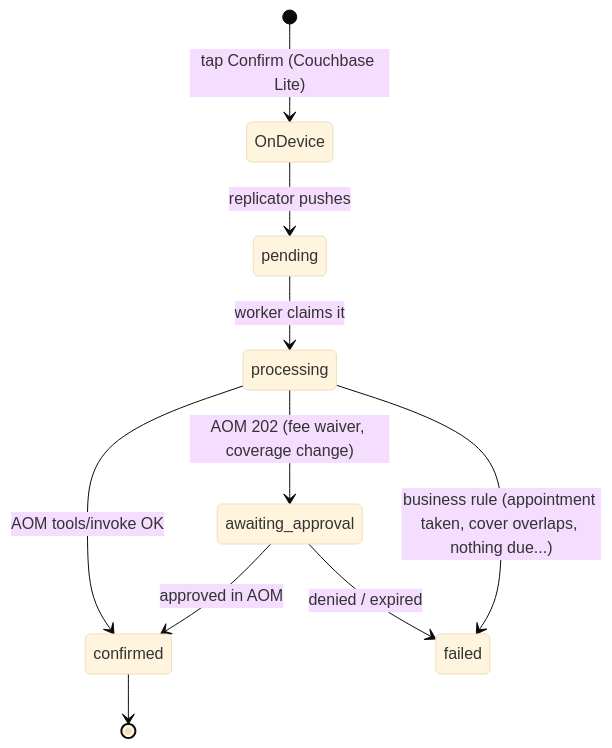
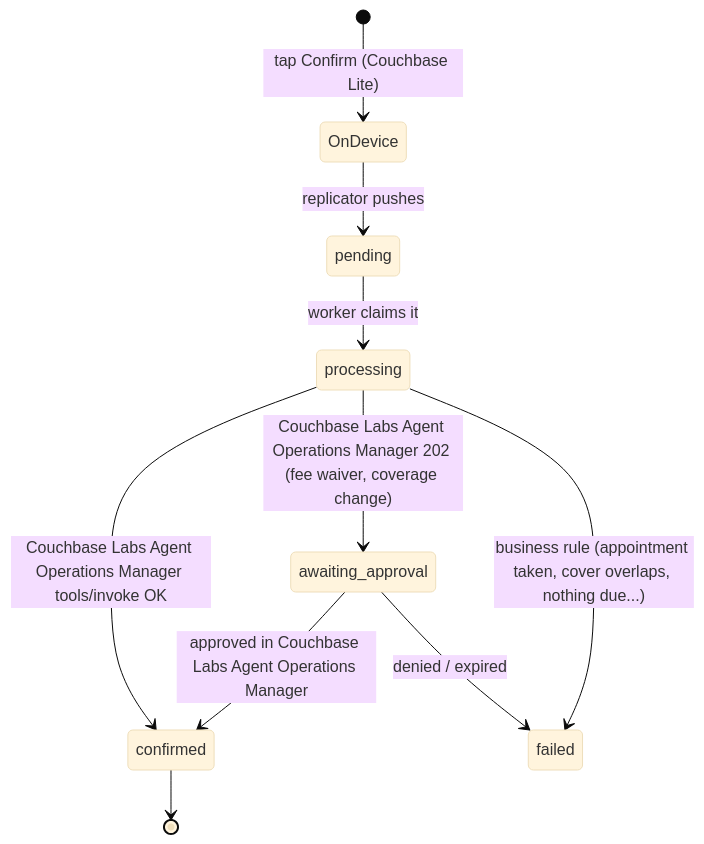
The second of 2 diagrams in README.md (Couchbase-Field-Engineering/couchbase-insurance-mobile-ai-personalization-demo), drawn with Mermaid (base theme) before and after one commit. The commit also changed other lines of this file and 12 other files, not shown here.

First line of the commit message:
Use the Couchbase Labs Agent Operations Manager name

````diff
--- a/README.md
+++ b/README.md
@@ -105,12 +105,12 @@
 ```mermaid
 stateDiagram-v2
   [*] --> OnDevice: tap Confirm (Couchbase Lite)
   OnDevice --> pending: replicator pushes
   pending --> processing: worker claims it
-  processing --> confirmed: AOM tools/invoke OK
-  processing --> awaiting_approval: AOM 202 (fee waiver, coverage change)
-  awaiting_approval --> confirmed: approved in AOM
+  processing --> confirmed: Couchbase Labs Agent Operations Manager tools/invoke OK
+  processing --> awaiting_approval: Couchbase Labs Agent Operations Manager 202 (fee waiver, coverage change)
+  awaiting_approval --> confirmed: approved in Couchbase Labs Agent Operations Manager
   awaiting_approval --> failed: denied / expired
   processing --> failed: business rule (appointment taken, cover overlaps, nothing due...)
   confirmed --> [*]
 ```
````
